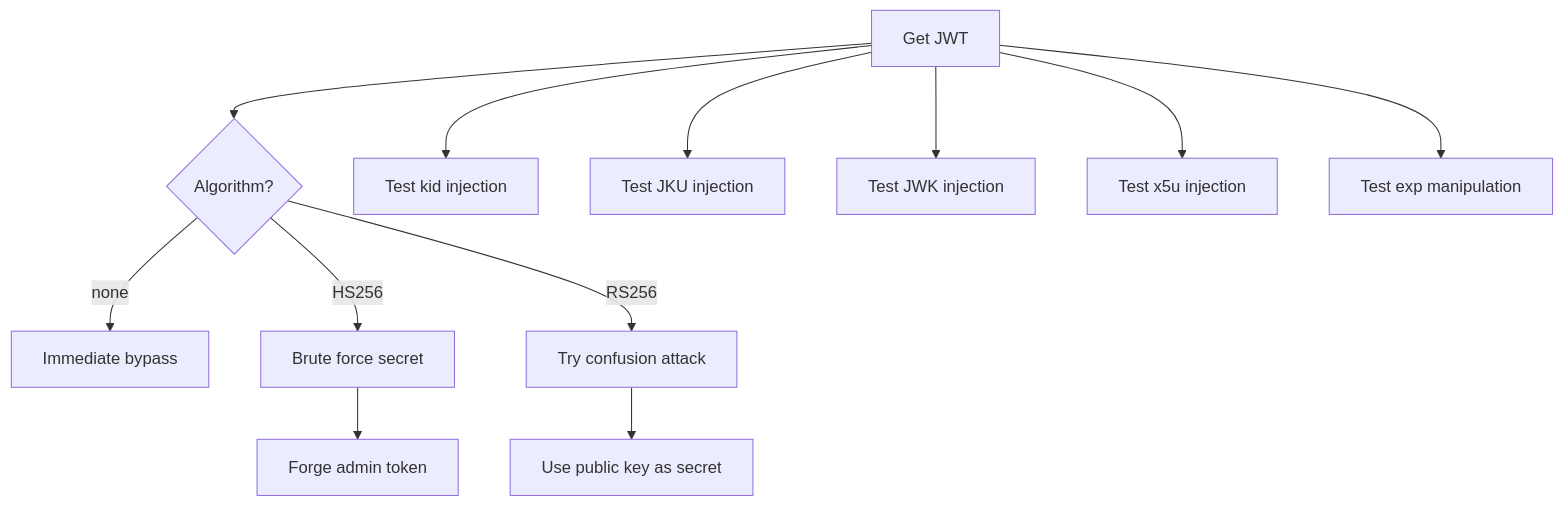
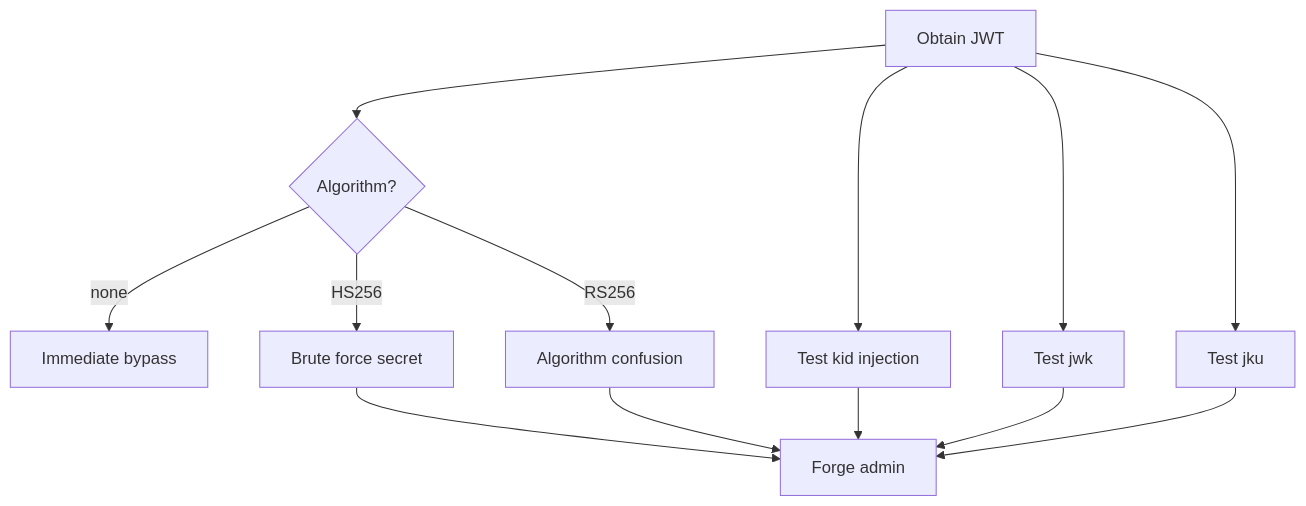
One commit to rednexusacademy/rednexusacademy.github.io changed the eighth of 8 diagrams in _posts/2026-04-01-JWT2.md. Above: the diagram before and after it, drawn with Mermaid. The commit also changed other lines of this file, not shown here.

````diff
--- a/_posts/2026-04-01-JWT2.md
+++ b/_posts/2026-04-01-JWT2.md
@@ -478,14 +607,15 @@
 ```mermaid
 graph TD
-    A[Get JWT] --> B{Algorithm?}
+    A[Obtain JWT] --> B{Algorithm?}
     B -->|none| C[Immediate bypass]
     B -->|HS256| D[Brute force secret]
-    B -->|RS256| E[Try confusion attack]
-    D --> F[Forge admin token]
-    E --> G[Use public key as secret]
-    A --> H[Test kid injection]
-    A --> I[Test JKU injection]
-    A --> J[Test JWK injection]
-    A --> K[Test x5u injection]
-    A --> L[Test exp manipulation]
+    B -->|RS256| E[Algorithm confusion]
+    A --> F[Test kid injection]
+    A --> G[Test jwk]
+    A --> H[Test jku]
+    D --> I[Forge admin]
+    E --> I
+    F --> I
+    G --> I
+    H --> I
 ```
````
